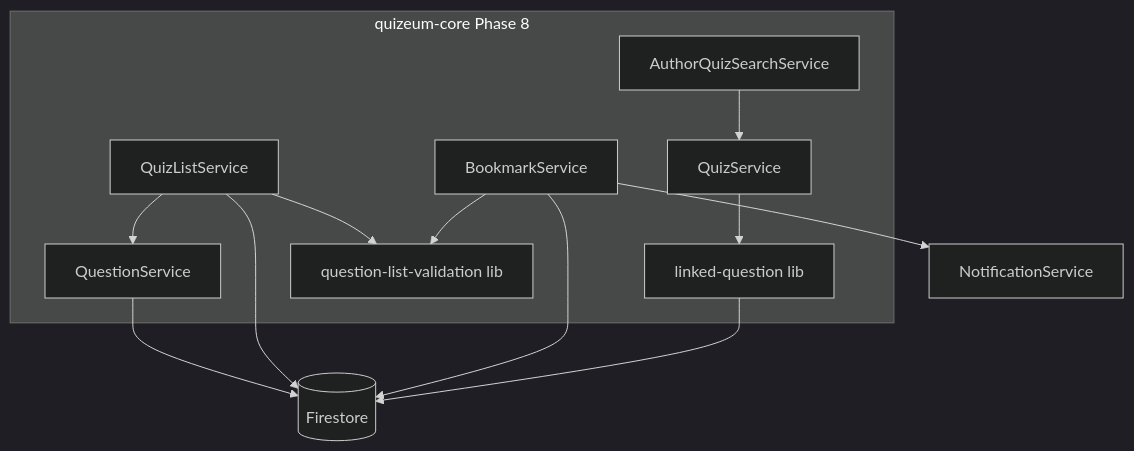
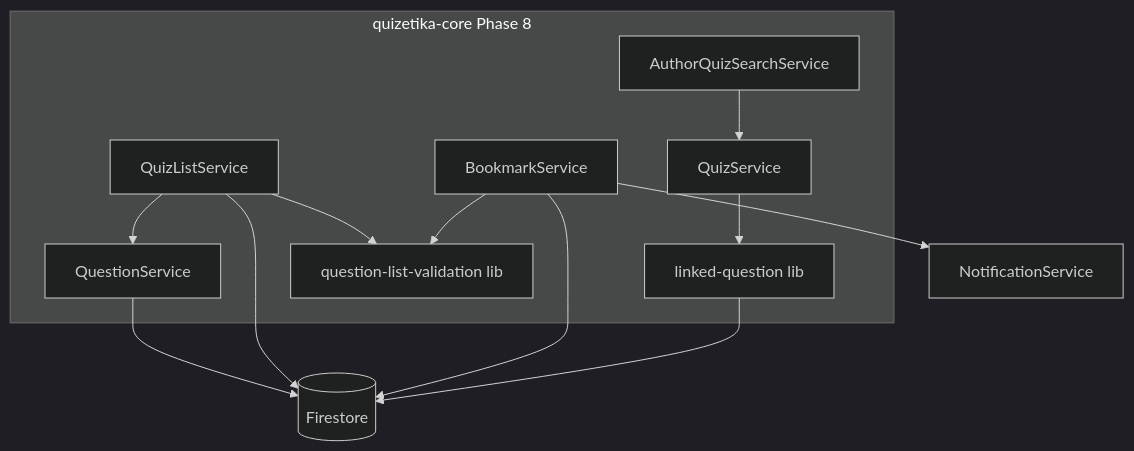
Before and after one commit to npressoworks/quizetika: diagram 17 of 26 in .kiro/specs/quizeum-core/design.md, drawn with Mermaid (dark theme). The commit also changed other lines of this file and 207 other files, not shown here.

````diff
--- a/.kiro/specs/quizeum-core/design.md
+++ b/.kiro/specs/quizeum-core/design.md
@@ -1329,25 +1329,25 @@
 ```mermaid
 graph TB
-    subgraph core [quizeum-core Phase 8]
+    subgraph core [quizetika-core Phase 8]
         BookmarkSvc[BookmarkService]
         QuizListSvc[QuizListService]
         QuestionSvc[QuestionService]
         AuthorSearch[AuthorQuizSearchService]
         LinkedQ[linked-question lib]
         Validation[question-list-validation lib]
         QuizSvc[QuizService]
     end
     Firestore[(Firestore)]
     NotifySvc[NotificationService]
 
     BookmarkSvc --> Validation
     BookmarkSvc --> NotifySvc
     QuizListSvc --> Validation
     QuizListSvc --> QuestionSvc
     AuthorSearch --> QuizSvc
     QuizSvc --> LinkedQ
     LinkedQ --> Firestore
     BookmarkSvc --> Firestore
     QuizListSvc --> Firestore
     QuestionSvc --> Firestore
 ```
````
